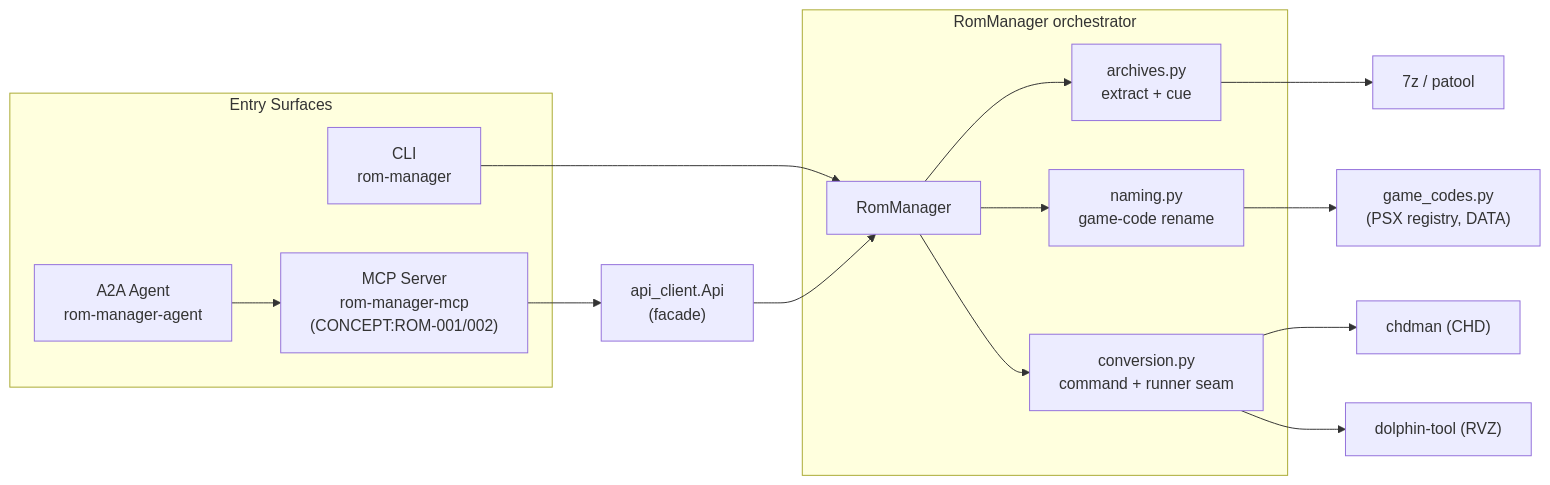
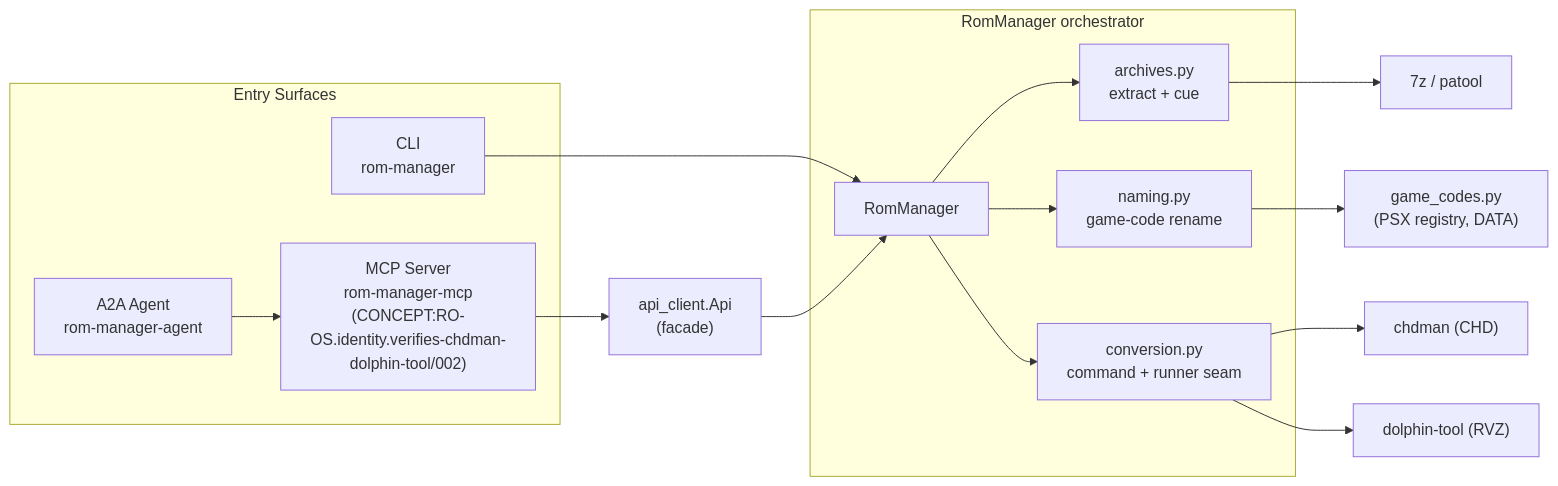
The diagram in README.md (Knuckles-Team/rom-manager), drawn with Mermaid before and after one commit. The commit also changed other lines of this file and 56 other files, not shown here.

````diff
--- a/README.md
+++ b/README.md
@@ -88,24 +88,24 @@
 ```mermaid
 flowchart LR
     subgraph Entry["Entry Surfaces"]
         CLI["CLI<br/>rom-manager"]
-        MCP["MCP Server<br/>rom-manager-mcp<br/>(CONCEPT:ROM-001/002)"]
+        MCP["MCP Server<br/>rom-manager-mcp<br/>(CONCEPT:RO-OS.identity.verifies-chdman-dolphin-tool/002)"]
         AGENT["A2A Agent<br/>rom-manager-agent"]
     end
 
     CLI --> RM
     MCP --> API["api_client.Api<br/>(facade)"]
     AGENT --> MCP
     API --> RM
 
     subgraph Pipeline["RomManager orchestrator"]
         RM["RomManager"] --> ARCH["archives.py<br/>extract + cue"]
         RM --> NAME["naming.py<br/>game-code rename"]
         RM --> CONV["conversion.py<br/>command + runner seam"]
     end
 
     ARCH --> P7Z["7z / patool"]
     CONV --> CHDMAN["chdman (CHD)"]
     CONV --> DOLPHIN["dolphin-tool (RVZ)"]
     NAME --> CODES["game_codes.py<br/>(PSX registry, DATA)"]
 ```
````
